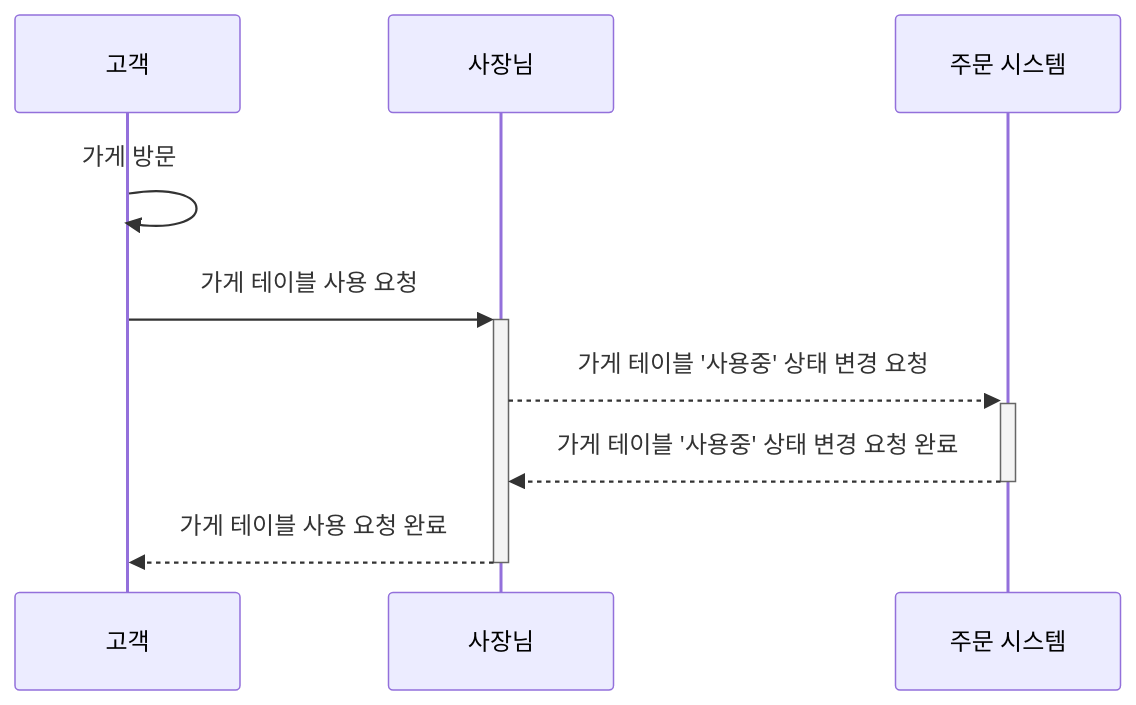
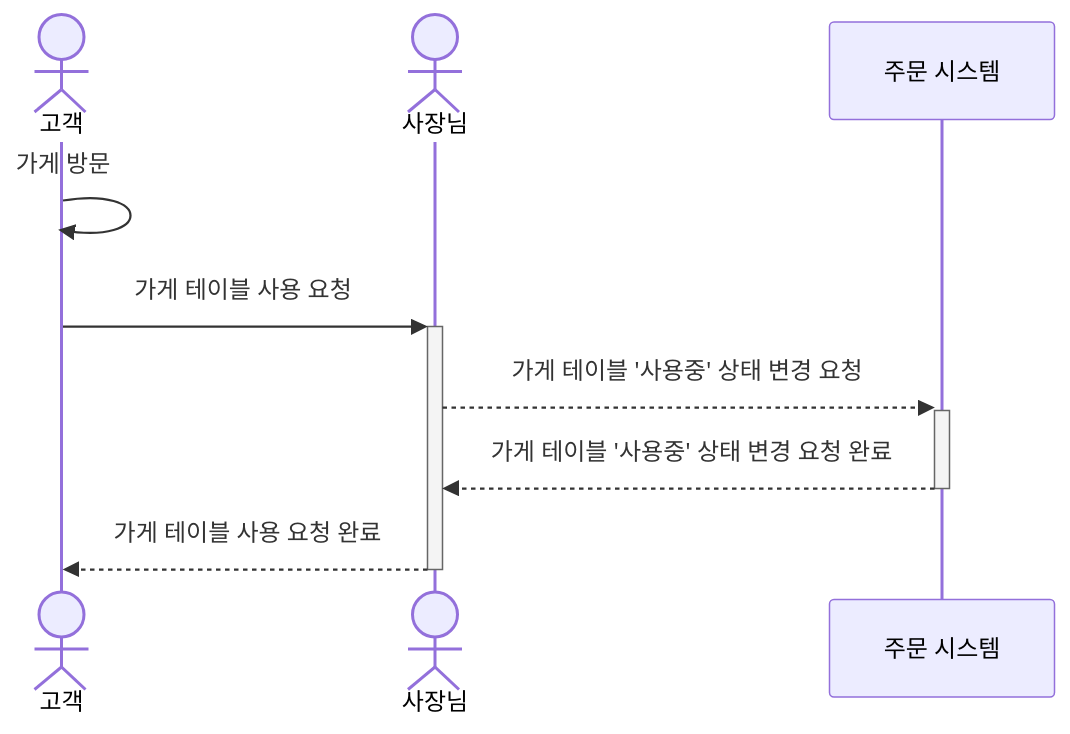
One commit to next-step/ddd-strategic-design changed diagram 23 of 33 in README.md. Above: the diagram before and after it, drawn with Mermaid. The commit also changed other lines of this file, not shown here.

````diff
--- a/README.md
+++ b/README.md
@@ -760,12 +760,12 @@
 ```mermaid
 sequenceDiagram
-    participant Customer as 고객
-    participant RestaurantOwner as 사장님
+    actor Customer as 고객
+    actor RestaurantOwner as 사장님
     participant System as 주문 시스템
     
     Customer->>Customer: 가게 방문
     Customer->>+RestaurantOwner: 가게 테이블 사용 요청
     RestaurantOwner-->>+System: 가게 테이블 '사용중' 상태 변경 요청 
     System-->>-RestaurantOwner: 가게 테이블 '사용중' 상태 변경 요청 완료
     RestaurantOwner-->>-Customer: 가게 테이블 사용 요청 완료 
 ```
````
